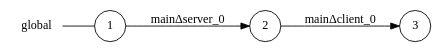
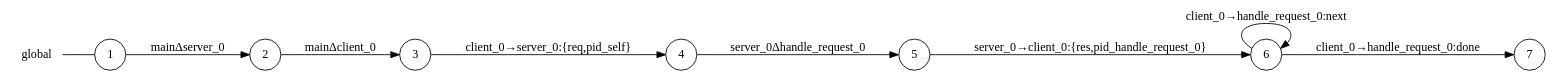
The diagram in examples/servecli/main_global_view.dot (gabrielegenovese/chorer), drawn with Graphviz before and after one commit. The commit also changed 13 other files, not shown here.

```diff
--- a/examples/servecli/main_global_view.dot
+++ b/examples/servecli/main_global_view.dot
@@ -1,11 +1,20 @@
 digraph global {
 	rankdir="LR";
 	n_0 [label="global", shape="plaintext"];
-	n_1 [id="1", shape=circle, label="1"];
-	n_0 -> n_1 [arrowhead=none];
-	n_2 [id="2", shape=circle, label="2"];
-	n_3 [id="3", shape=circle, label="3"];
+	n_1 [id="5", shape=circle, label="5"];
+	n_2 [id="6", shape=circle, label="6"];
+	n_3 [id="1", shape=circle, label="1"];
+	n_0 -> n_3 [arrowhead=none];
+	n_4 [id="2", shape=circle, label="2"];
+	n_5 [id="4", shape=circle, label="4"];
+	n_6 [id="7", shape=circle, label="7"];
+	n_7 [id="3", shape=circle, label="3"];
 
-	n_1 -> n_2 [id="[$e|0]", label="mainΔserver_0"];
-	n_2 -> n_3 [id="[$e|1]", label="mainΔclient_0"];
+	n_4 -> n_7 [id="[$e|1]", label="mainΔclient_0"];
+	n_2 -> n_2 [id="[$e|6]", label="client_0→handle_request_0:next"];
+	n_2 -> n_6 [id="[$e|5]", label="client_0→handle_request_0:done"];
+	n_5 -> n_1 [id="[$e|3]", label="server_0Δhandle_request_0"];
+	n_1 -> n_2 [id="[$e|4]", label="server_0→client_0:{res,pid_handle_request_0}"];
+	n_3 -> n_4 [id="[$e|0]", label="mainΔserver_0"];
+	n_7 -> n_5 [id="[$e|2]", label="client_0→server_0:{req,pid_self}"];
 }
```
